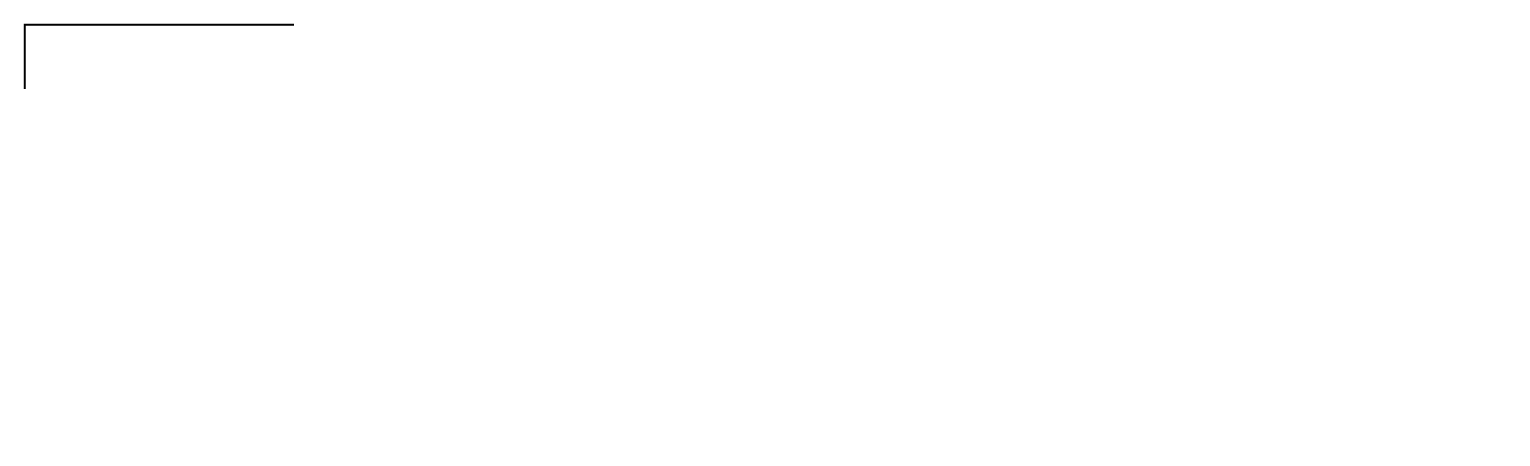
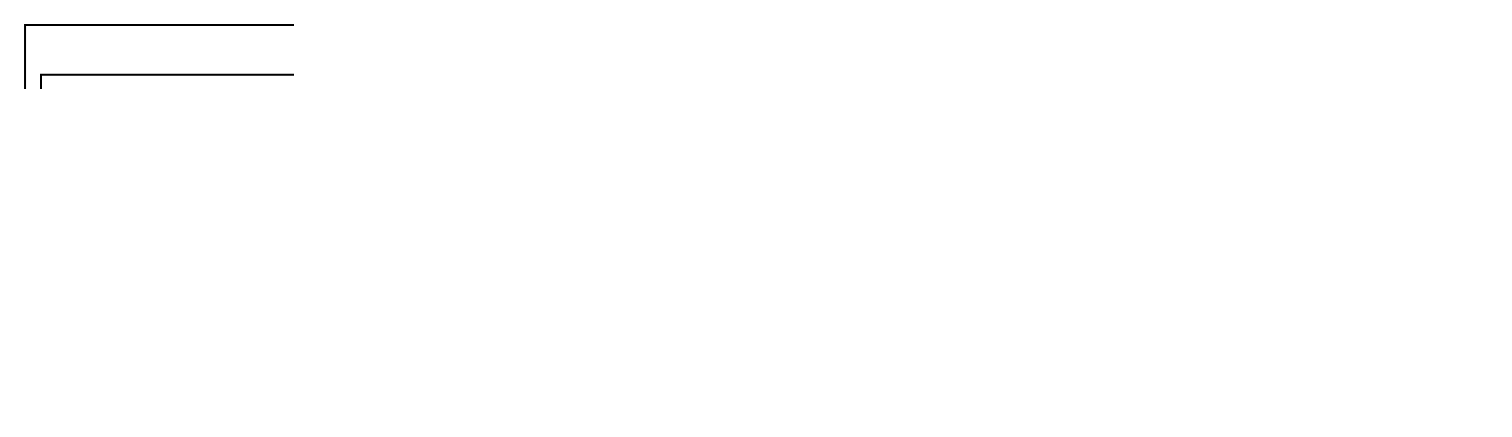
Before and after one commit to opossum-labs/opossum: the diagram in opossum/files_for_testing/dot/group_dot_LR.dot, drawn with Graphviz. The commit also changed 10 other files, not shown here.

```diff
--- a/opossum/files_for_testing/dot/group_dot_LR.dot
+++ b/opossum/files_for_testing/dot/group_dot_LR.dot
@@ -5,56 +5,56 @@
 	compound = true;
 	rankdir = "LR";
 	label="Node Group test section"
-	fontname="Helvetica"
-	node [fontname="Helvetica" fontsize = 10]
-	edge [fontname="Helvetica"]
+	fontname="Consolas"
+	node [fontname="Consolas" fontsize = 8]
+	edge [fontname="Consolas"]
 
   subgraph i0 {
 	label="group 1"
-	fontsize=15
+	fontsize=8
 	cluster=true
 		i0_i0 [
 		shape=plaintext
 		label=<
 		<TABLE BORDER="0" CELLBORDER="0" CELLSPACING="0" CELLPADDING="0" ALIGN="CENTER">
 			<TR BORDER="0">
-				<TD ALIGN="CENTER" HEIGHT="16" WIDTH="16"> </TD>
-				<TD ALIGN="CENTER" HEIGHT="16" WIDTH="16"> </TD>
-				<TD ALIGN="CENTER" HEIGHT="16" WIDTH="16"> </TD>
-				<TD ALIGN="CENTER" HEIGHT="16" WIDTH="16"> </TD>
-				<TD ALIGN="CENTER" HEIGHT="16" WIDTH="16"> </TD>
-				<TD ALIGN="CENTER" HEIGHT="16" WIDTH="16"> </TD>
-				<TD ALIGN="CENTER" HEIGHT="16" WIDTH="16"> </TD>
+				<TD FIXEDSIZE="TRUE" ALIGN="CENTER" WIDTH="16" HEIGHT="16"> </TD>
+				<TD FIXEDSIZE="TRUE" ALIGN="CENTER" WIDTH="16" HEIGHT="16"> </TD>
+				<TD FIXEDSIZE="TRUE" ALIGN="CENTER" WIDTH="16" HEIGHT="16"> </TD>
+				<TD FIXEDSIZE="TRUE" ALIGN="CENTER" WIDTH="16" HEIGHT="16"> </TD>
+				<TD FIXEDSIZE="TRUE" ALIGN="CENTER" WIDTH="16" HEIGHT="16"> </TD>
+				<TD FIXEDSIZE="TRUE" ALIGN="CENTER" WIDTH="16" HEIGHT="16"> </TD>
+				<TD FIXEDSIZE="TRUE" ALIGN="CENTER" WIDTH="16" HEIGHT="16"> </TD>
 			</TR>
 			<TR BORDER="0">
-				<TD ALIGN="CENTER" HEIGHT="16" WIDTH="16"> </TD>
-				<TD ROWSPAN="5" COLSPAN="5" BGCOLOR="lightgray" WIDTH="80" HEIGHT="80" BORDER="1" ALIGN="CENTER" CELLPADDING="10" STYLE="ROUNDED">node1</TD>
-				<TD ALIGN="CENTER" HEIGHT="16" WIDTH="16"> </TD>
+				<TD FIXEDSIZE="TRUE" ALIGN="CENTER" WIDTH="16" HEIGHT="16"> </TD>
+				<TD FIXEDSIZE="TRUE" ROWSPAN="5" COLSPAN="5" BGCOLOR="lightgray" WIDTH="80" HEIGHT="80" BORDER="1" ALIGN="CENTER" CELLPADDING="0" STYLE="ROUNDED">node1</TD>
+				<TD FIXEDSIZE="TRUE" ALIGN="CENTER" WIDTH="16" HEIGHT="16"> </TD>
 			</TR>
 			<TR BORDER="0">
-				<TD ALIGN="CENTER" HEIGHT="16" WIDTH="16"> </TD>
-				<TD ALIGN="CENTER" HEIGHT="16" WIDTH="16"> </TD>
+				<TD FIXEDSIZE="TRUE" ALIGN="CENTER" WIDTH="16" HEIGHT="16"> </TD>
+				<TD FIXEDSIZE="TRUE" ALIGN="CENTER" WIDTH="16" HEIGHT="16"> </TD>
 			</TR>
 			<TR BORDER="0">
-				<TD HEIGHT="16" WIDTH="16" PORT="front" BORDER="1" BGCOLOR="lightgreen" HREF="" TOOLTIP="Input port 1: front">1</TD>
-				<TD HEIGHT="16" WIDTH="16" PORT="rear" BORDER="1" BGCOLOR="lightblue" HREF="" TOOLTIP="Output port 1: rear">1</TD>
+				<TD WIDTH="16" HEIGHT="16" FIXEDSIZE="TRUE" PORT="front" BORDER="1" BGCOLOR="lightgreen" HREF="" TOOLTIP="Input port 1: front">1</TD>
+				<TD WIDTH="16" HEIGHT="16" FIXEDSIZE="TRUE" PORT="rear" BORDER="1" BGCOLOR="lightblue" HREF="" TOOLTIP="Output port 1: rear">1</TD>
 			</TR>
 			<TR BORDER="0">
-				<TD ALIGN="CENTER" HEIGHT="16" WIDTH="16"> </TD>
-				<TD ALIGN="CENTER" HEIGHT="16" WIDTH="16"> </TD>
+				<TD FIXEDSIZE="TRUE" ALIGN="CENTER" WIDTH="16" HEIGHT="16"> </TD>
+				<TD FIXEDSIZE="TRUE" ALIGN="CENTER" WIDTH="16" HEIGHT="16"> </TD>
 			</TR>
 			<TR BORDER="0">
-				<TD ALIGN="CENTER" HEIGHT="16" WIDTH="16"> </TD>
-				<TD ALIGN="CENTER" HEIGHT="16" WIDTH="16"> </TD>
+				<TD FIXEDSIZE="TRUE" ALIGN="CENTER" WIDTH="16" HEIGHT="16"> </TD>
+				<TD FIXEDSIZE="TRUE" ALIGN="CENTER" WIDTH="16" HEIGHT="16"> </TD>
 			</TR>
 			<TR BORDER="0">
-				<TD ALIGN="CENTER" HEIGHT="16" WIDTH="16"> </TD>
-				<TD ALIGN="CENTER" HEIGHT="16" WIDTH="16"> </TD>
-				<TD ALIGN="CENTER" HEIGHT="16" WIDTH="16"> </TD>
-				<TD ALIGN="CENTER" HEIGHT="16" WIDTH="16"> </TD>
-				<TD ALIGN="CENTER" HEIGHT="16" WIDTH="16"> </TD>
-				<TD ALIGN="CENTER" HEIGHT="16" WIDTH="16"> </TD>
-				<TD ALIGN="CENTER" HEIGHT="16" WIDTH="16"> </TD>
+				<TD FIXEDSIZE="TRUE" ALIGN="CENTER" WIDTH="16" HEIGHT="16"> </TD>
+				<TD FIXEDSIZE="TRUE" ALIGN="CENTER" WIDTH="16" HEIGHT="16"> </TD>
+				<TD FIXEDSIZE="TRUE" ALIGN="CENTER" WIDTH="16" HEIGHT="16"> </TD>
+				<TD FIXEDSIZE="TRUE" ALIGN="CENTER" WIDTH="16" HEIGHT="16"> </TD>
+				<TD FIXEDSIZE="TRUE" ALIGN="CENTER" WIDTH="16" HEIGHT="16"> </TD>
+				<TD FIXEDSIZE="TRUE" ALIGN="CENTER" WIDTH="16" HEIGHT="16"> </TD>
+				<TD FIXEDSIZE="TRUE" ALIGN="CENTER" WIDTH="16" HEIGHT="16"> </TD>
 			</TR>
 			</TABLE>
 		>];
@@ -63,92 +63,92 @@
 		label=<
 		<TABLE BORDER="0" CELLBORDER="0" CELLSPACING="0" CELLPADDING="0" ALIGN="CENTER">
 			<TR BORDER="0">
-				<TD ALIGN="CENTER" HEIGHT="16" WIDTH="16"> </TD>
-				<TD ALIGN="CENTER" HEIGHT="16" WIDTH="16"> </TD>
-				<TD ALIGN="CENTER" HEIGHT="16" WIDTH="16"> </TD>
-				<TD ALIGN="CENTER" HEIGHT="16" WIDTH="16"> </TD>
-				<TD ALIGN="CENTER" HEIGHT="16" WIDTH="16"> </TD>
-				<TD ALIGN="CENTER" HEIGHT="16" WIDTH="16"> </TD>
-				<TD ALIGN="CENTER" HEIGHT="16" WIDTH="16"> </TD>
+				<TD FIXEDSIZE="TRUE" ALIGN="CENTER" WIDTH="16" HEIGHT="16"> </TD>
+				<TD FIXEDSIZE="TRUE" ALIGN="CENTER" WIDTH="16" HEIGHT="16"> </TD>
+				<TD FIXEDSIZE="TRUE" ALIGN="CENTER" WIDTH="16" HEIGHT="16"> </TD>
+				<TD FIXEDSIZE="TRUE" ALIGN="CENTER" WIDTH="16" HEIGHT="16"> </TD>
+				<TD FIXEDSIZE="TRUE" ALIGN="CENTER" WIDTH="16" HEIGHT="16"> </TD>
+				<TD FIXEDSIZE="TRUE" ALIGN="CENTER" WIDTH="16" HEIGHT="16"> </TD>
+				<TD FIXEDSIZE="TRUE" ALIGN="CENTER" WIDTH="16" HEIGHT="16"> </TD>
 			</TR>
 			<TR BORDER="0">
-				<TD ALIGN="CENTER" HEIGHT="16" WIDTH="16"> </TD>
-				<TD ROWSPAN="5" COLSPAN="5" BGCOLOR="lightpink" WIDTH="80" HEIGHT="80" BORDER="1" ALIGN="CENTER" CELLPADDING="10" STYLE="ROUNDED">beam splitter</TD>
-				<TD ALIGN="CENTER" HEIGHT="16" WIDTH="16"> </TD>
+				<TD FIXEDSIZE="TRUE" ALIGN="CENTER" WIDTH="16" HEIGHT="16"> </TD>
+				<TD FIXEDSIZE="TRUE" ROWSPAN="5" COLSPAN="5" BGCOLOR="lightpink" WIDTH="80" HEIGHT="80" BORDER="1" ALIGN="CENTER" CELLPADDING="0" STYLE="ROUNDED">beam splitter</TD>
+				<TD FIXEDSIZE="TRUE" ALIGN="CENTER" WIDTH="16" HEIGHT="16"> </TD>
 			</TR>
 			<TR BORDER="0">
-				<TD HEIGHT="16" WIDTH="16" PORT="input1" BORDER="1" BGCOLOR="lightgreen" HREF="" TOOLTIP="Input port 1: input1">1</TD>
-				<TD HEIGHT="16" WIDTH="16" PORT="out1_trans1_refl2" BORDER="1" BGCOLOR="lightblue" HREF="" TOOLTIP="Output port 1: out1_trans1_refl2">1</TD>
+				<TD WIDTH="16" HEIGHT="16" FIXEDSIZE="TRUE" PORT="input1" BORDER="1" BGCOLOR="lightgreen" HREF="" TOOLTIP="Input port 1: input1">1</TD>
+				<TD WIDTH="16" HEIGHT="16" FIXEDSIZE="TRUE" PORT="out1_trans1_refl2" BORDER="1" BGCOLOR="lightblue" HREF="" TOOLTIP="Output port 1: out1_trans1_refl2">1</TD>
 			</TR>
 			<TR BORDER="0">
-				<TD ALIGN="CENTER" HEIGHT="16" WIDTH="16"> </TD>
-				<TD ALIGN="CENTER" HEIGHT="16" WIDTH="16"> </TD>
+				<TD FIXEDSIZE="TRUE" ALIGN="CENTER" WIDTH="16" HEIGHT="16"> </TD>
+				<TD FIXEDSIZE="TRUE" ALIGN="CENTER" WIDTH="16" HEIGHT="16"> </TD>
 			</TR>
 			<TR BORDER="0">
-				<TD HEIGHT="16" WIDTH="16" PORT="input2" BORDER="1" BGCOLOR="lightgreen" HREF="" TOOLTIP="Input port 2: input2">2</TD>
-				<TD HEIGHT="16" WIDTH="16" PORT="out2_trans2_refl1" BORDER="1" BGCOLOR="lightblue" HREF="" TOOLTIP="Output port 2: out2_trans2_refl1">2</TD>
+				<TD WIDTH="16" HEIGHT="16" FIXEDSIZE="TRUE" PORT="input2" BORDER="1" BGCOLOR="lightgreen" HREF="" TOOLTIP="Input port 2: input2">2</TD>
+				<TD WIDTH="16" HEIGHT="16" FIXEDSIZE="TRUE" PORT="out2_trans2_refl1" BORDER="1" BGCOLOR="lightblue" HREF="" TOOLTIP="Output port 2: out2_trans2_refl1">2</TD>
 			</TR>
 			<TR BORDER="0">
-				<TD ALIGN="CENTER" HEIGHT="16" WIDTH="16"> </TD>
-				<TD ALIGN="CENTER" HEIGHT="16" WIDTH="16"> </TD>
+				<TD FIXEDSIZE="TRUE" ALIGN="CENTER" WIDTH="16" HEIGHT="16"> </TD>
+				<TD FIXEDSIZE="TRUE" ALIGN="CENTER" WIDTH="16" HEIGHT="16"> </TD>
 			</TR>
 			<TR BORDER="0">
-				<TD ALIGN="CENTER" HEIGHT="16" WIDTH="16"> </TD>
-				<TD ALIGN="CENTER" HEIGHT="16" WIDTH="16"> </TD>
-				<TD ALIGN="CENTER" HEIGHT="16" WIDTH="16"> </TD>
-				<TD ALIGN="CENTER" HEIGHT="16" WIDTH="16"> </TD>
-				<TD ALIGN="CENTER" HEIGHT="16" WIDTH="16"> </TD>
-				<TD ALIGN="CENTER" HEIGHT="16" WIDTH="16"> </TD>
-				<TD ALIGN="CENTER" HEIGHT="16" WIDTH="16"> </TD>
+				<TD FIXEDSIZE="TRUE" ALIGN="CENTER" WIDTH="16" HEIGHT="16"> </TD>
+				<TD FIXEDSIZE="TRUE" ALIGN="CENTER" WIDTH="16" HEIGHT="16"> </TD>
+				<TD FIXEDSIZE="TRUE" ALIGN="CENTER" WIDTH="16" HEIGHT="16"> </TD>
+				<TD FIXEDSIZE="TRUE" ALIGN="CENTER" WIDTH="16" HEIGHT="16"> </TD>
+				<TD FIXEDSIZE="TRUE" ALIGN="CENTER" WIDTH="16" HEIGHT="16"> </TD>
+				<TD FIXEDSIZE="TRUE" ALIGN="CENTER" WIDTH="16" HEIGHT="16"> </TD>
+				<TD FIXEDSIZE="TRUE" ALIGN="CENTER" WIDTH="16" HEIGHT="16"> </TD>
 			</TR>
 			</TABLE>
 		>];
   subgraph i0_i2 {
 	label="group 1_1"
-	fontsize=15
+	fontsize=8
 	cluster=true
 		i0_i2_i0 [
 		shape=plaintext
 		label=<
 		<TABLE BORDER="0" CELLBORDER="0" CELLSPACING="0" CELLPADDING="0" ALIGN="CENTER">
 			<TR BORDER="0">
-				<TD ALIGN="CENTER" HEIGHT="16" WIDTH="16"> </TD>
-				<TD ALIGN="CENTER" HEIGHT="16" WIDTH="16"> </TD>
-				<TD ALIGN="CENTER" HEIGHT="16" WIDTH="16"> </TD>
-				<TD ALIGN="CENTER" HEIGHT="16" WIDTH="16"> </TD>
-				<TD ALIGN="CENTER" HEIGHT="16" WIDTH="16"> </TD>
-				<TD ALIGN="CENTER" HEIGHT="16" WIDTH="16"> </TD>
-				<TD ALIGN="CENTER" HEIGHT="16" WIDTH="16"> </TD>
+				<TD FIXEDSIZE="TRUE" ALIGN="CENTER" WIDTH="16" HEIGHT="16"> </TD>
+				<TD FIXEDSIZE="TRUE" ALIGN="CENTER" WIDTH="16" HEIGHT="16"> </TD>
+				<TD FIXEDSIZE="TRUE" ALIGN="CENTER" WIDTH="16" HEIGHT="16"> </TD>
+				<TD FIXEDSIZE="TRUE" ALIGN="CENTER" WIDTH="16" HEIGHT="16"> </TD>
+				<TD FIXEDSIZE="TRUE" ALIGN="CENTER" WIDTH="16" HEIGHT="16"> </TD>
+				<TD FIXEDSIZE="TRUE" ALIGN="CENTER" WIDTH="16" HEIGHT="16"> </TD>
+				<TD FIXEDSIZE="TRUE" ALIGN="CENTER" WIDTH="16" HEIGHT="16"> </TD>
 			</TR>
 			<TR BORDER="0">
-				<TD ALIGN="CENTER" HEIGHT="16" WIDTH="16"> </TD>
-				<TD ROWSPAN="5" COLSPAN="5" BGCOLOR="lightgray" WIDTH="80" HEIGHT="80" BORDER="1" ALIGN="CENTER" CELLPADDING="10" STYLE="ROUNDED">node1_1</TD>
-				<TD ALIGN="CENTER" HEIGHT="16" WIDTH="16"> </TD>
+				<TD FIXEDSIZE="TRUE" ALIGN="CENTER" WIDTH="16" HEIGHT="16"> </TD>
+				<TD FIXEDSIZE="TRUE" ROWSPAN="5" COLSPAN="5" BGCOLOR="lightgray" WIDTH="80" HEIGHT="80" BORDER="1" ALIGN="CENTER" CELLPADDING="0" STYLE="ROUNDED">node1_1</TD>
+				<TD FIXEDSIZE="TRUE" ALIGN="CENTER" WIDTH="16" HEIGHT="16"> </TD>
 			</TR>
 			<TR BORDER="0">
-				<TD ALIGN="CENTER" HEIGHT="16" WIDTH="16"> </TD>
-				<TD ALIGN="CENTER" HEIGHT="16" WIDTH="16"> </TD>
+				<TD FIXEDSIZE="TRUE" ALIGN="CENTER" WIDTH="16" HEIGHT="16"> </TD>
+				<TD FIXEDSIZE="TRUE" ALIGN="CENTER" WIDTH="16" HEIGHT="16"> </TD>
 			</TR>
 			<TR BORDER="0">
-				<TD HEIGHT="16" WIDTH="16" PORT="front" BORDER="1" BGCOLOR="lightgreen" HREF="" TOOLTIP="Input port 1: front">1</TD>
-				<TD HEIGHT="16" WIDTH="16" PORT="rear" BORDER="1" BGCOLOR="lightblue" HREF="" TOOLTIP="Output port 1: rear">1</TD>
+				<TD WIDTH="16" HEIGHT="16" FIXEDSIZE="TRUE" PORT="front" BORDER="1" BGCOLOR="lightgreen" HREF="" TOOLTIP="Input port 1: front">1</TD>
+				<TD WIDTH="16" HEIGHT="16" FIXEDSIZE="TRUE" PORT="rear" BORDER="1" BGCOLOR="lightblue" HREF="" TOOLTIP="Output port 1: rear">1</TD>
 			</TR>
 			<TR BORDER="0">
-				<TD ALIGN="CENTER" HEIGHT="16" WIDTH="16"> </TD>
-				<TD ALIGN="CENTER" HEIGHT="16" WIDTH="16"> </TD>
+				<TD FIXEDSIZE="TRUE" ALIGN="CENTER" WIDTH="16" HEIGHT="16"> </TD>
+				<TD FIXEDSIZE="TRUE" ALIGN="CENTER" WIDTH="16" HEIGHT="16"> </TD>
 			</TR>
 			<TR BORDER="0">
-				<TD ALIGN="CENTER" HEIGHT="16" WIDTH="16"> </TD>
-				<TD ALIGN="CENTER" HEIGHT="16" WIDTH="16"> </TD>
+				<TD FIXEDSIZE="TRUE" ALIGN="CENTER" WIDTH="16" HEIGHT="16"> </TD>
+				<TD FIXEDSIZE="TRUE" ALIGN="CENTER" WIDTH="16" HEIGHT="16"> </TD>
 			</TR>
 			<TR BORDER="0">
-				<TD ALIGN="CENTER" HEIGHT="16" WIDTH="16"> </TD>
-				<TD ALIGN="CENTER" HEIGHT="16" WIDTH="16"> </TD>
-				<TD ALIGN="CENTER" HEIGHT="16" WIDTH="16"> </TD>
-				<TD ALIGN="CENTER" HEIGHT="16" WIDTH="16"> </TD>
-				<TD ALIGN="CENTER" HEIGHT="16" WIDTH="16"> </TD>
-				<TD ALIGN="CENTER" HEIGHT="16" WIDTH="16"> </TD>
-				<TD ALIGN="CENTER" HEIGHT="16" WIDTH="16"> </TD>
+				<TD FIXEDSIZE="TRUE" ALIGN="CENTER" WIDTH="16" HEIGHT="16"> </TD>
+				<TD FIXEDSIZE="TRUE" ALIGN="CENTER" WIDTH="16" HEIGHT="16"> </TD>
+				<TD FIXEDSIZE="TRUE" ALIGN="CENTER" WIDTH="16" HEIGHT="16"> </TD>
+				<TD FIXEDSIZE="TRUE" ALIGN="CENTER" WIDTH="16" HEIGHT="16"> </TD>
+				<TD FIXEDSIZE="TRUE" ALIGN="CENTER" WIDTH="16" HEIGHT="16"> </TD>
+				<TD FIXEDSIZE="TRUE" ALIGN="CENTER" WIDTH="16" HEIGHT="16"> </TD>
+				<TD FIXEDSIZE="TRUE" ALIGN="CENTER" WIDTH="16" HEIGHT="16"> </TD>
 			</TR>
 			</TABLE>
 		>];
@@ -157,43 +157,43 @@
 		label=<
 		<TABLE BORDER="0" CELLBORDER="0" CELLSPACING="0" CELLPADDING="0" ALIGN="CENTER">
 			<TR BORDER="0">
-				<TD ALIGN="CENTER" HEIGHT="16" WIDTH="16"> </TD>
-				<TD ALIGN="CENTER" HEIGHT="16" WIDTH="16"> </TD>
-				<TD ALIGN="CENTER" HEIGHT="16" WIDTH="16"> </TD>
-				<TD ALIGN="CENTER" HEIGHT="16" WIDTH="16"> </TD>
-				<TD ALIGN="CENTER" HEIGHT="16" WIDTH="16"> </TD>
-				<TD ALIGN="CENTER" HEIGHT="16" WIDTH="16"> </TD>
-				<TD ALIGN="CENTER" HEIGHT="16" WIDTH="16"> </TD>
+				<TD FIXEDSIZE="TRUE" ALIGN="CENTER" WIDTH="16" HEIGHT="16"> </TD>
+				<TD FIXEDSIZE="TRUE" ALIGN="CENTER" WIDTH="16" HEIGHT="16"> </TD>
+				<TD FIXEDSIZE="TRUE" ALIGN="CENTER" WIDTH="16" HEIGHT="16"> </TD>
+				<TD FIXEDSIZE="TRUE" ALIGN="CENTER" WIDTH="16" HEIGHT="16"> </TD>
+				<TD FIXEDSIZE="TRUE" ALIGN="CENTER" WIDTH="16" HEIGHT="16"> </TD>
+				<TD FIXEDSIZE="TRUE" ALIGN="CENTER" WIDTH="16" HEIGHT="16"> </TD>
+				<TD FIXEDSIZE="TRUE" ALIGN="CENTER" WIDTH="16" HEIGHT="16"> </TD>
 			</TR>
 			<TR BORDER="0">
-				<TD ALIGN="CENTER" HEIGHT="16" WIDTH="16"> </TD>
-				<TD ROWSPAN="5" COLSPAN="5" BGCOLOR="lightgray" WIDTH="80" HEIGHT="80" BORDER="1" ALIGN="CENTER" CELLPADDING="10" STYLE="ROUNDED">node1_2</TD>
-				<TD ALIGN="CENTER" HEIGHT="16" WIDTH="16"> </TD>
+				<TD FIXEDSIZE="TRUE" ALIGN="CENTER" WIDTH="16" HEIGHT="16"> </TD>
+				<TD FIXEDSIZE="TRUE" ROWSPAN="5" COLSPAN="5" BGCOLOR="lightgray" WIDTH="80" HEIGHT="80" BORDER="1" ALIGN="CENTER" CELLPADDING="0" STYLE="ROUNDED">node1_2</TD>
+				<TD FIXEDSIZE="TRUE" ALIGN="CENTER" WIDTH="16" HEIGHT="16"> </TD>
 			</TR>
 			<TR BORDER="0">
-				<TD ALIGN="CENTER" HEIGHT="16" WIDTH="16"> </TD>
-				<TD ALIGN="CENTER" HEIGHT="16" WIDTH="16"> </TD>
+				<TD FIXEDSIZE="TRUE" ALIGN="CENTER" WIDTH="16" HEIGHT="16"> </TD>
+				<TD FIXEDSIZE="TRUE" ALIGN="CENTER" WIDTH="16" HEIGHT="16"> </TD>
 			</TR>
 			<TR BORDER="0">
-				<TD HEIGHT="16" WIDTH="16" PORT="front" BORDER="1" BGCOLOR="lightgreen" HREF="" TOOLTIP="Input port 1: front">1</TD>
-				<TD HEIGHT="16" WIDTH="16" PORT="rear" BORDER="1" BGCOLOR="lightblue" HREF="" TOOLTIP="Output port 1: rear">1</TD>
+				<TD WIDTH="16" HEIGHT="16" FIXEDSIZE="TRUE" PORT="front" BORDER="1" BGCOLOR="lightgreen" HREF="" TOOLTIP="Input port 1: front">1</TD>
+				<TD WIDTH="16" HEIGHT="16" FIXEDSIZE="TRUE" PORT="rear" BORDER="1" BGCOLOR="lightblue" HREF="" TOOLTIP="Output port 1: rear">1</TD>
 			</TR>
 			<TR BORDER="0">
-				<TD ALIGN="CENTER" HEIGHT="16" WIDTH="16"> </TD>
-				<TD ALIGN="CENTER" HEIGHT="16" WIDTH="16"> </TD>
+				<TD FIXEDSIZE="TRUE" ALIGN="CENTER" WIDTH="16" HEIGHT="16"> </TD>
+				<TD FIXEDSIZE="TRUE" ALIGN="CENTER" WIDTH="16" HEIGHT="16"> </TD>
 			</TR>
 			<TR BORDER="0">
-				<TD ALIGN="CENTER" HEIGHT="16" WIDTH="16"> </TD>
-				<TD ALIGN="CENTER" HEIGHT="16" WIDTH="16"> </TD>
+				<TD FIXEDSIZE="TRUE" ALIGN="CENTER" WIDTH="16" HEIGHT="16"> </TD>
+				<TD FIXEDSIZE="TRUE" ALIGN="CENTER" WIDTH="16" HEIGHT="16"> </TD>
 			</TR>
 			<TR BORDER="0">
-				<TD ALIGN="CENTER" HEIGHT="16" WIDTH="16"> </TD>
-				<TD ALIGN="CENTER" HEIGHT="16" WIDTH="16"> </TD>
-				<TD ALIGN="CENTER" HEIGHT="16" WIDTH="16"> </TD>
-				<TD ALIGN="CENTER" HEIGHT="16" WIDTH="16"> </TD>
-				<TD ALIGN="CENTER" HEIGHT="16" WIDTH="16"> </TD>
-				<TD ALIGN="CENTER" HEIGHT="16" WIDTH="16"> </TD>
-				<TD ALIGN="CENTER" HEIGHT="16" WIDTH="16"> </TD>
+				<TD FIXEDSIZE="TRUE" ALIGN="CENTER" WIDTH="16" HEIGHT="16"> </TD>
+				<TD FIXEDSIZE="TRUE" ALIGN="CENTER" WIDTH="16" HEIGHT="16"> </TD>
+				<TD FIXEDSIZE="TRUE" ALIGN="CENTER" WIDTH="16" HEIGHT="16"> </TD>
+				<TD FIXEDSIZE="TRUE" ALIGN="CENTER" WIDTH="16" HEIGHT="16"> </TD>
+				<TD FIXEDSIZE="TRUE" ALIGN="CENTER" WIDTH="16" HEIGHT="16"> </TD>
+				<TD FIXEDSIZE="TRUE" ALIGN="CENTER" WIDTH="16" HEIGHT="16"> </TD>
+				<TD FIXEDSIZE="TRUE" ALIGN="CENTER" WIDTH="16" HEIGHT="16"> </TD>
 			</TR>
 			</TABLE>
 		>];
@@ -205,43 +205,43 @@
 		label=<
 		<TABLE BORDER="0" CELLBORDER="0" CELLSPACING="0" CELLPADDING="0" ALIGN="CENTER">
 			<TR BORDER="0">
-				<TD ALIGN="CENTER" HEIGHT="16" WIDTH="16"> </TD>
-				<TD ALIGN="CENTER" HEIGHT="16" WIDTH="16"> </TD>
-				<TD ALIGN="CENTER" HEIGHT="16" WIDTH="16"> </TD>
-				<TD ALIGN="CENTER" HEIGHT="16" WIDTH="16"> </TD>
-				<TD ALIGN="CENTER" HEIGHT="16" WIDTH="16"> </TD>
-				<TD ALIGN="CENTER" HEIGHT="16" WIDTH="16"> </TD>
-				<TD ALIGN="CENTER" HEIGHT="16" WIDTH="16"> </TD>
+				<TD FIXEDSIZE="TRUE" ALIGN="CENTER" WIDTH="16" HEIGHT="16"> </TD>
+				<TD FIXEDSIZE="TRUE" ALIGN="CENTER" WIDTH="16" HEIGHT="16"> </TD>
+				<TD FIXEDSIZE="TRUE" ALIGN="CENTER" WIDTH="16" HEIGHT="16"> </TD>
+				<TD FIXEDSIZE="TRUE" ALIGN="CENTER" WIDTH="16" HEIGHT="16"> </TD>
+				<TD FIXEDSIZE="TRUE" ALIGN="CENTER" WIDTH="16" HEIGHT="16"> </TD>
+				<TD FIXEDSIZE="TRUE" ALIGN="CENTER" WIDTH="16" HEIGHT="16"> </TD>
+				<TD FIXEDSIZE="TRUE" ALIGN="CENTER" WIDTH="16" HEIGHT="16"> </TD>
 			</TR>
 			<TR BORDER="0">
-				<TD ALIGN="CENTER" HEIGHT="16" WIDTH="16"> </TD>
-				<TD ROWSPAN="5" COLSPAN="5" BGCOLOR="yellow" WIDTH="80" HEIGHT="80" BORDER="1" ALIGN="CENTER" CELLPADDING="10" STYLE="ROUNDED">group 2</TD>
-				<TD ALIGN="CENTER" HEIGHT="16" WIDTH="16"> </TD>
+				<TD FIXEDSIZE="TRUE" ALIGN="CENTER" WIDTH="16" HEIGHT="16"> </TD>
+				<TD FIXEDSIZE="TRUE" ROWSPAN="5" COLSPAN="5" BGCOLOR="yellow" WIDTH="80" HEIGHT="80" BORDER="1" ALIGN="CENTER" CELLPADDING="0" STYLE="ROUNDED">group 2</TD>
+				<TD FIXEDSIZE="TRUE" ALIGN="CENTER" WIDTH="16" HEIGHT="16"> </TD>
 			</TR>
 			<TR BORDER="0">
-				<TD ALIGN="CENTER" HEIGHT="16" WIDTH="16"> </TD>
-				<TD ALIGN="CENTER" HEIGHT="16" WIDTH="16"> </TD>
+				<TD FIXEDSIZE="TRUE" ALIGN="CENTER" WIDTH="16" HEIGHT="16"> </TD>
+				<TD FIXEDSIZE="TRUE" ALIGN="CENTER" WIDTH="16" HEIGHT="16"> </TD>
 			</TR>
 			<TR BORDER="0">
-				<TD HEIGHT="16" WIDTH="16" PORT="in1" BORDER="1" BGCOLOR="lightgreen" HREF="" TOOLTIP="Input port 1: in1">1</TD>
-				<TD ALIGN="CENTER" HEIGHT="16" WIDTH="16"> </TD>
+				<TD WIDTH="16" HEIGHT="16" FIXEDSIZE="TRUE" PORT="in1" BORDER="1" BGCOLOR="lightgreen" HREF="" TOOLTIP="Input port 1: in1">1</TD>
+				<TD FIXEDSIZE="TRUE" ALIGN="CENTER" WIDTH="16" HEIGHT="16"> </TD>
 			</TR>
 			<TR BORDER="0">
-				<TD ALIGN="CENTER" HEIGHT="16" WIDTH="16"> </TD>
-				<TD ALIGN="CENTER" HEIGHT="16" WIDTH="16"> </TD>
+				<TD FIXEDSIZE="TRUE" ALIGN="CENTER" WIDTH="16" HEIGHT="16"> </TD>
+				<TD FIXEDSIZE="TRUE" ALIGN="CENTER" WIDTH="16" HEIGHT="16"> </TD>
 			</TR>
 			<TR BORDER="0">
-				<TD ALIGN="CENTER" HEIGHT="16" WIDTH="16"> </TD>
-				<TD ALIGN="CENTER" HEIGHT="16" WIDTH="16"> </TD>
+				<TD FIXEDSIZE="TRUE" ALIGN="CENTER" WIDTH="16" HEIGHT="16"> </TD>
+				<TD FIXEDSIZE="TRUE" ALIGN="CENTER" WIDTH="16" HEIGHT="16"> </TD>
 			</TR>
 			<TR BORDER="0">
-				<TD ALIGN="CENTER" HEIGHT="16" WIDTH="16"> </TD>
-				<TD ALIGN="CENTER" HEIGHT="16" WIDTH="16"> </TD>
-				<TD ALIGN="CENTER" HEIGHT="16" WIDTH="16"> </TD>
-				<TD ALIGN="CENTER" HEIGHT="16" WIDTH="16"> </TD>
-				<TD ALIGN="CENTER" HEIGHT="16" WIDTH="16"> </TD>
-				<TD ALIGN="CENTER" HEIGHT="16" WIDTH="16"> </TD>
-				<TD ALIGN="CENTER" HEIGHT="16" WIDTH="16"> </TD>
+				<TD FIXEDSIZE="TRUE" ALIGN="CENTER" WIDTH="16" HEIGHT="16"> </TD>
+				<TD FIXEDSIZE="TRUE" ALIGN="CENTER" WIDTH="16" HEIGHT="16"> </TD>
+				<TD FIXEDSIZE="TRUE" ALIGN="CENTER" WIDTH="16" HEIGHT="16"> </TD>
+				<TD FIXEDSIZE="TRUE" ALIGN="CENTER" WIDTH="16" HEIGHT="16"> </TD>
+				<TD FIXEDSIZE="TRUE" ALIGN="CENTER" WIDTH="16" HEIGHT="16"> </TD>
+				<TD FIXEDSIZE="TRUE" ALIGN="CENTER" WIDTH="16" HEIGHT="16"> </TD>
+				<TD FIXEDSIZE="TRUE" ALIGN="CENTER" WIDTH="16" HEIGHT="16"> </TD>
 			</TR>
 			</TABLE>
 		>];
```
